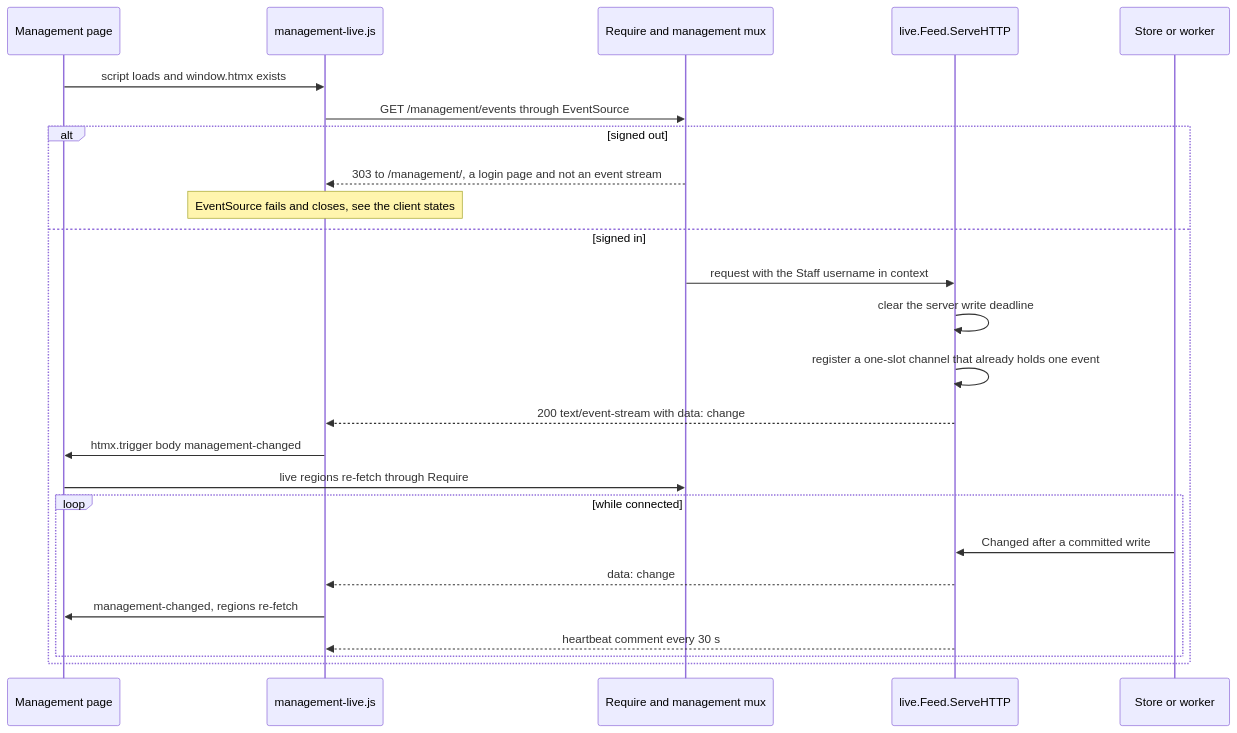
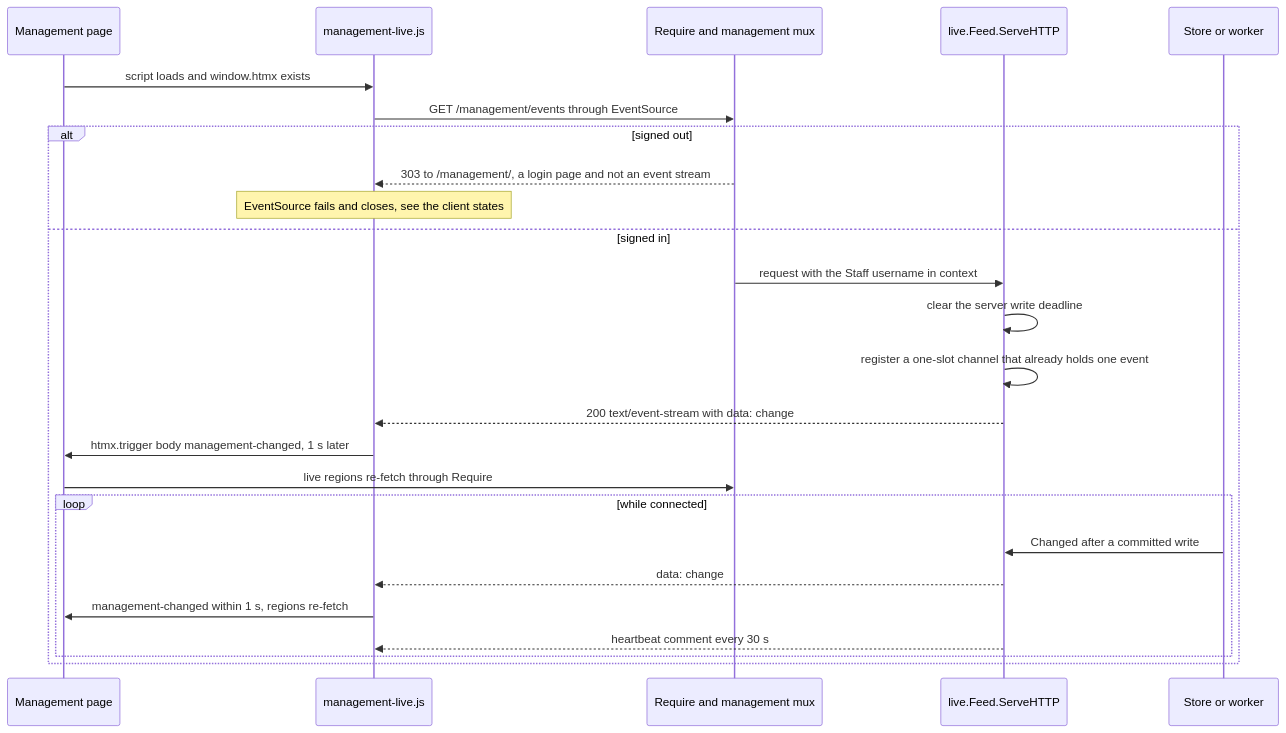
The first of 4 diagrams in docs/live-updates.md (devGabriel131/ProjectHermes), drawn with Mermaid before and after one commit. The commit also changed other lines of this file and 97 other files, not shown here.

````diff
--- a/docs/live-updates.md
+++ b/docs/live-updates.md
@@ -34,27 +34,27 @@
 ```mermaid
 sequenceDiagram
     participant P as Management page
     participant JS as management-live.js
     participant M as Require and management mux
     participant F as live.Feed.ServeHTTP
     participant S as Store or worker
     P->>JS: script loads and window.htmx exists
     JS->>M: GET /management/events through EventSource
     alt signed out
         M-->>JS: 303 to /management/, a login page and not an event stream
         Note over JS: EventSource fails and closes, see the client states
     else signed in
         M->>F: request with the Staff username in context
         F->>F: clear the server write deadline
         F->>F: register a one-slot channel that already holds one event
         F-->>JS: 200 text/event-stream with data: change
-        JS->>P: htmx.trigger body management-changed
+        JS->>P: htmx.trigger body management-changed, 1 s later
         P->>M: live regions re-fetch through Require
         loop while connected
             S->>F: Changed after a committed write
             F-->>JS: data: change
-            JS->>P: management-changed, regions re-fetch
+            JS->>P: management-changed within 1 s, regions re-fetch
             F-->>JS: heartbeat comment every 30 s
         end
     end
 ```
````
